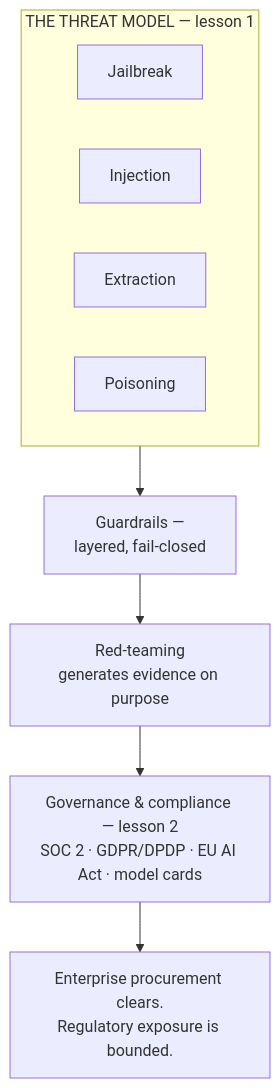
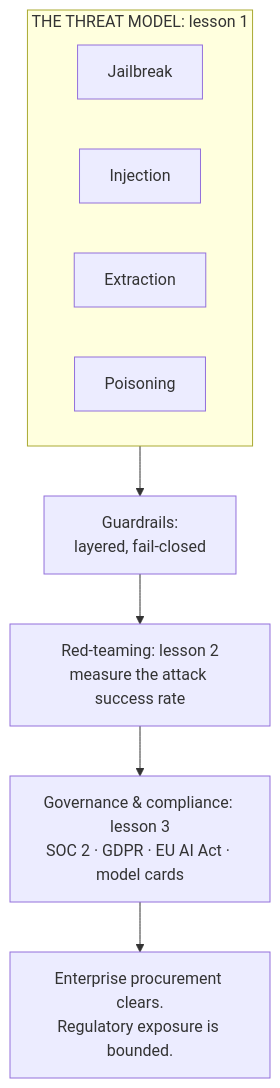
One commit to aakashagg123/gatsby changed the diagram in ai-security-and-guardrails/README.md. Above: the diagram before and after it, drawn with Mermaid. The commit also changed other lines of this file and 17 other files, not shown here.

First line of the commit message:
Improve ai-security-and-guardrails: fix EU AI Act dates, add red-teaming lesson

````diff
--- a/ai-security-and-guardrails/README.md
+++ b/ai-security-and-guardrails/README.md
@@ -27,13 +40,13 @@
 ```mermaid
 flowchart TB
-  subgraph THREAT["THE THREAT MODEL — lesson 1"]
+  subgraph THREAT["THE THREAT MODEL: lesson 1"]
     JB["Jailbreak"]
     PI["Injection"]
     EX["Extraction"]
     PO["Poisoning"]
   end
-  THREAT --> GR["Guardrails —<br/>layered, fail-closed"]
-  GR --> RT["Red-teaming<br/>generates evidence on purpose"]
-  RT --> GOV["Governance & compliance — lesson 2<br/>SOC 2 · GDPR/DPDP · EU AI Act · model cards"]
+  THREAT --> GR["Guardrails:<br/>layered, fail-closed"]
+  GR --> RT["Red-teaming: lesson 2<br/>measure the attack success rate"]
+  RT --> GOV["Governance & compliance: lesson 3<br/>SOC 2 · GDPR · EU AI Act · model cards"]
   GOV --> OUT["Enterprise procurement clears.<br/>Regulatory exposure is bounded."]
 ```
````
